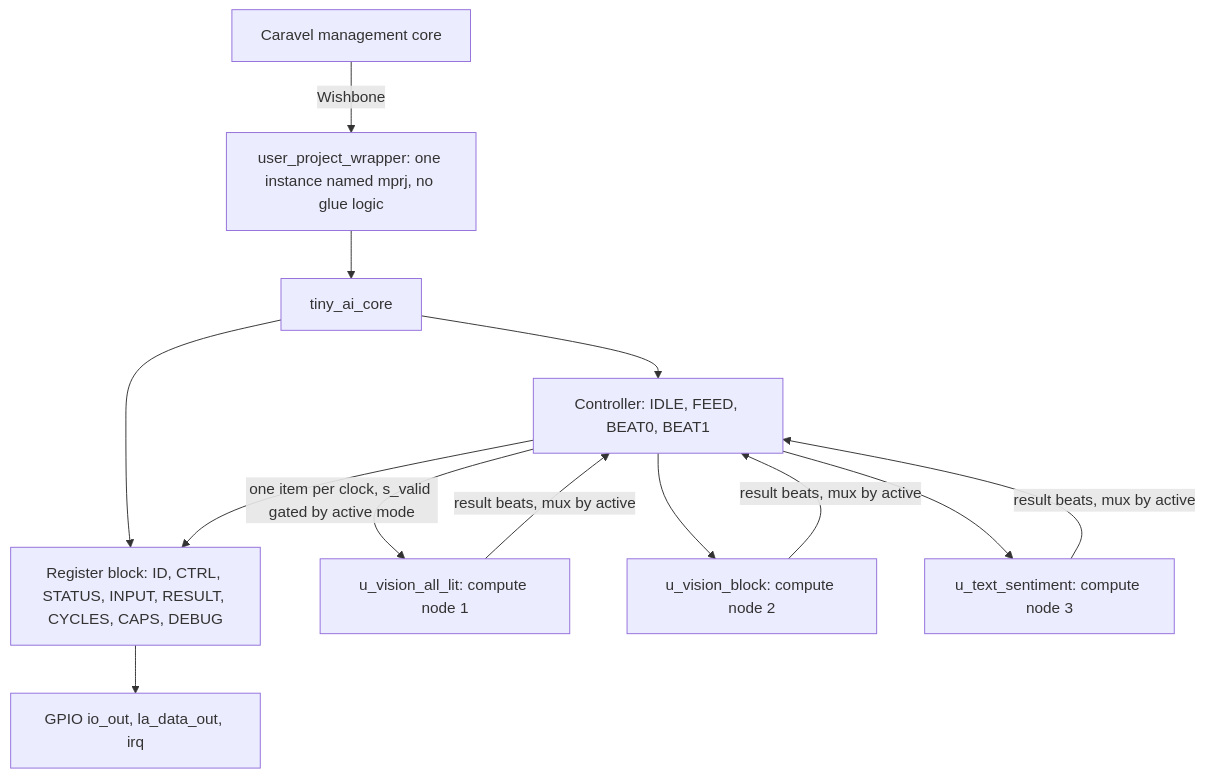
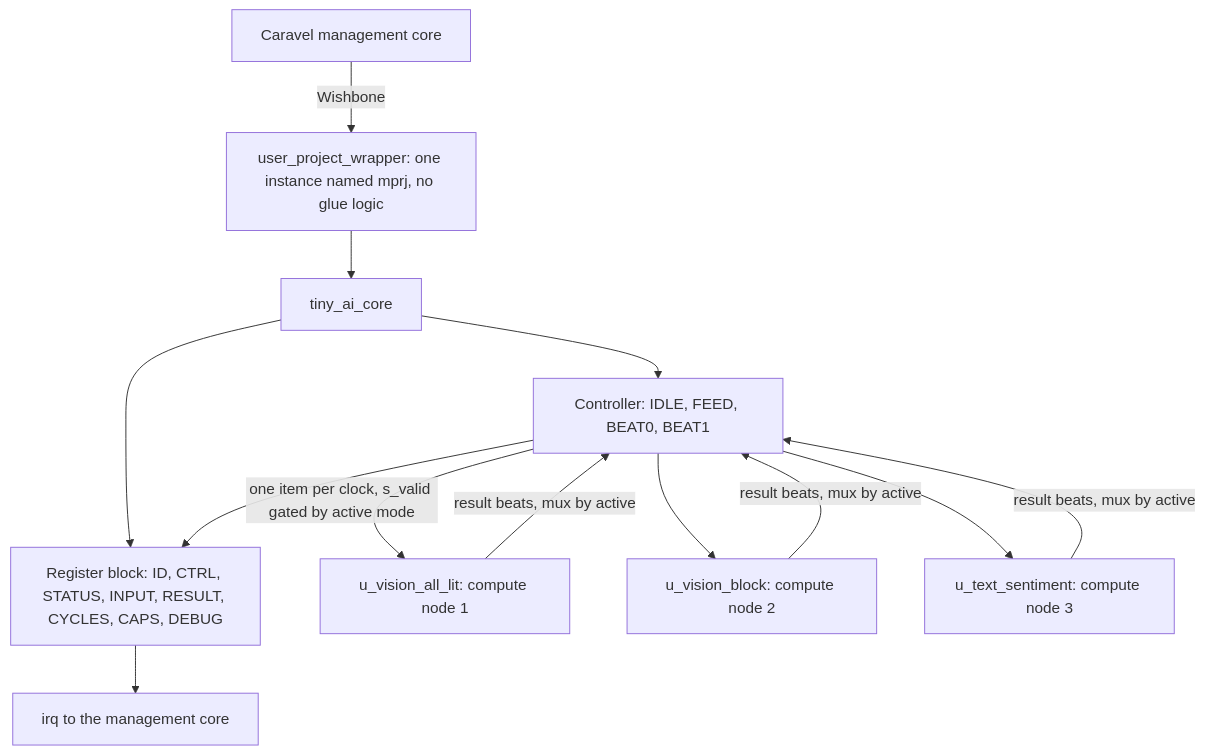
One commit to rajaghv-dev/open-ai-chip changed the ninth of 11 diagrams in docs/ARCHITECTURE.md. Above: the diagram before and after it, drawn with Mermaid. The commit also changed other lines of this file and 115 other files, not shown here.

````diff
--- a/docs/ARCHITECTURE.md
+++ b/docs/ARCHITECTURE.md
@@ -286,13 +289,13 @@
 ```mermaid
 flowchart TD
     CAR["Caravel management core"] -->|"Wishbone"| WRAP["user_project_wrapper: one instance named mprj, no glue logic"]
     WRAP --> CORE["tiny_ai_core"]
     CORE --> REGS["Register block: ID, CTRL, STATUS, INPUT, RESULT, CYCLES, CAPS, DEBUG"]
     CORE --> CTRL["Controller: IDLE, FEED, BEAT0, BEAT1"]
     CTRL -->|"one item per clock, s_valid gated by active mode"| UA["u_vision_all_lit: compute node 1"]
     CTRL --> UB["u_vision_block: compute node 2"]
     CTRL --> UT["u_text_sentiment: compute node 3"]
     UA & UB & UT -->|"result beats, mux by active"| CTRL
-    REGS --> OBS["GPIO io_out, la_data_out, irq"]
+    REGS --> OBS["irq to the management core"]
     CTRL --> REGS
 ```
````
